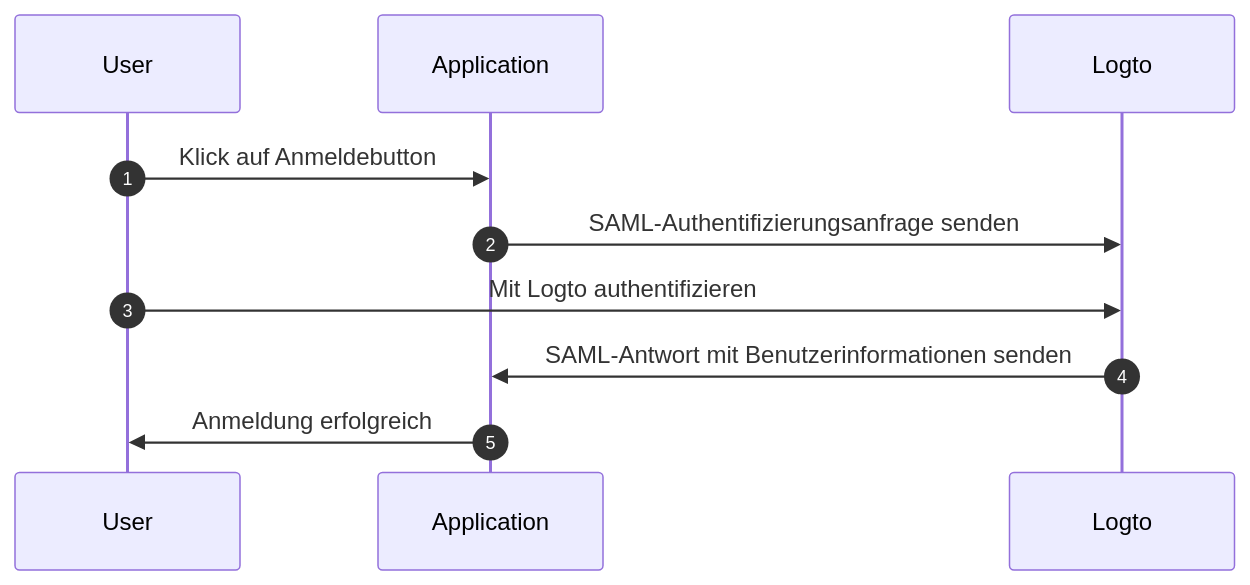
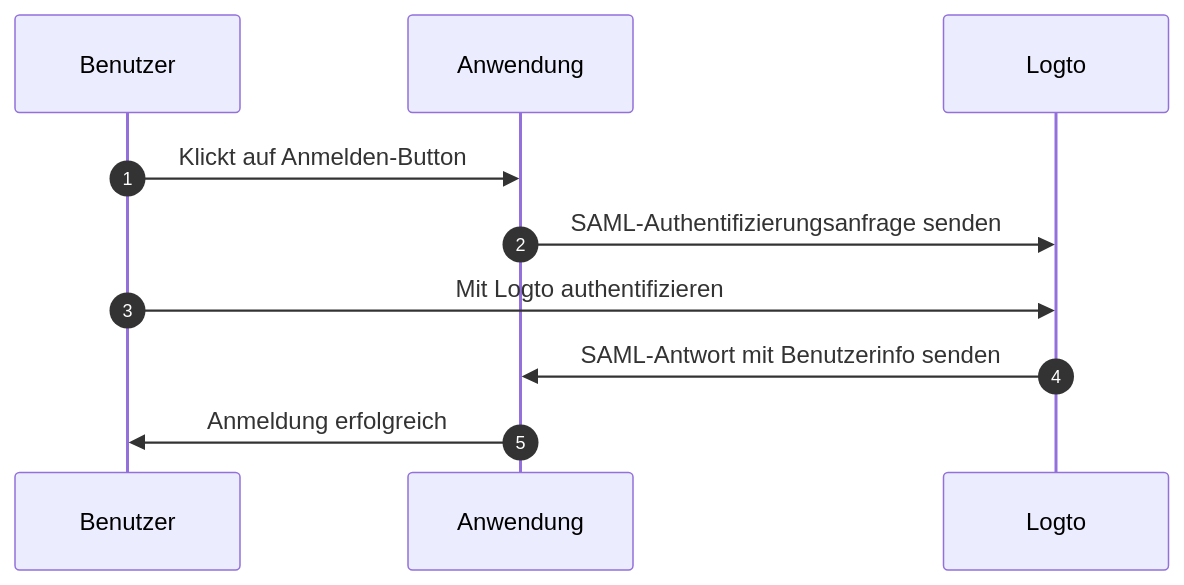
The fourth of 4 diagrams in i18n/de/docusaurus-plugin-content-docs/current/integrate-logto/integrate-logto-into-your-application/understand-authentication-flow.mdx (logto-io/docs), drawn with Mermaid before and after one commit. The commit also changed other lines of this file and 44 other files, not shown here.

````diff
--- a/i18n/de/docusaurus-plugin-content-docs/current/integrate-logto/integrate-logto-into-your-application/understand-authentication-flow.mdx
+++ b/i18n/de/docusaurus-plugin-content-docs/current/integrate-logto/integrate-logto-into-your-application/understand-authentication-flow.mdx
@@ -69,13 +97,13 @@
 ```mermaid
 sequenceDiagram
     autonumber
-    participant User
-    participant Application
+    participant Benutzer
+    participant Anwendung
     participant Logto
 
-    User->>Application: Klick auf Anmeldebutton
-    Application->>Logto: SAML-Authentifizierungsanfrage senden
-    User->>Logto: Mit Logto authentifizieren
-    Logto->>Application: SAML-Antwort mit Benutzerinformationen senden
-    Application->>User: Anmeldung erfolgreich
+    Benutzer->>Anwendung: Klickt auf Anmelden-Button
+    Anwendung->>Logto: SAML-Authentifizierungsanfrage senden
+    Benutzer->>Logto: Mit Logto authentifizieren
+    Logto->>Anwendung: SAML-Antwort mit Benutzerinfo senden
+    Anwendung->>Benutzer: Anmeldung erfolgreich
 ```
````
